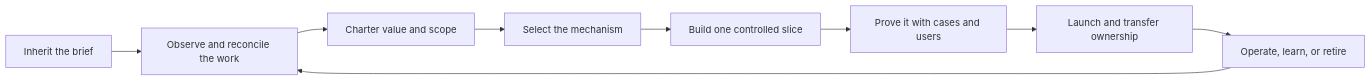
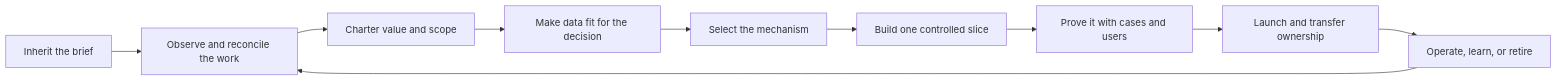
Before and after one commit to davidahmann/applied-ai-field-guide: the diagram in guide/README.md, drawn with Mermaid. The commit also changed other lines of this file and 35 other files, not shown here.

````diff
--- a/guide/README.md
+++ b/guide/README.md
@@ -32,11 +30,12 @@
 ```mermaid
 flowchart LR
     A["Inherit the brief"] --> B["Observe and reconcile the work"]
     B --> C["Charter value and scope"]
-    C --> D["Select the mechanism"]
-    D --> E["Build one controlled slice"]
-    E --> F["Prove it with cases and users"]
-    F --> G["Launch and transfer ownership"]
-    G --> H["Operate, learn, or retire"]
-    H --> B
+    C --> D["Make data fit for the decision"]
+    D --> E["Select the mechanism"]
+    E --> F["Build one controlled slice"]
+    F --> G["Prove it with cases and users"]
+    G --> H["Launch and transfer ownership"]
+    H --> I["Operate, learn, or retire"]
+    I --> B
 ```
````
